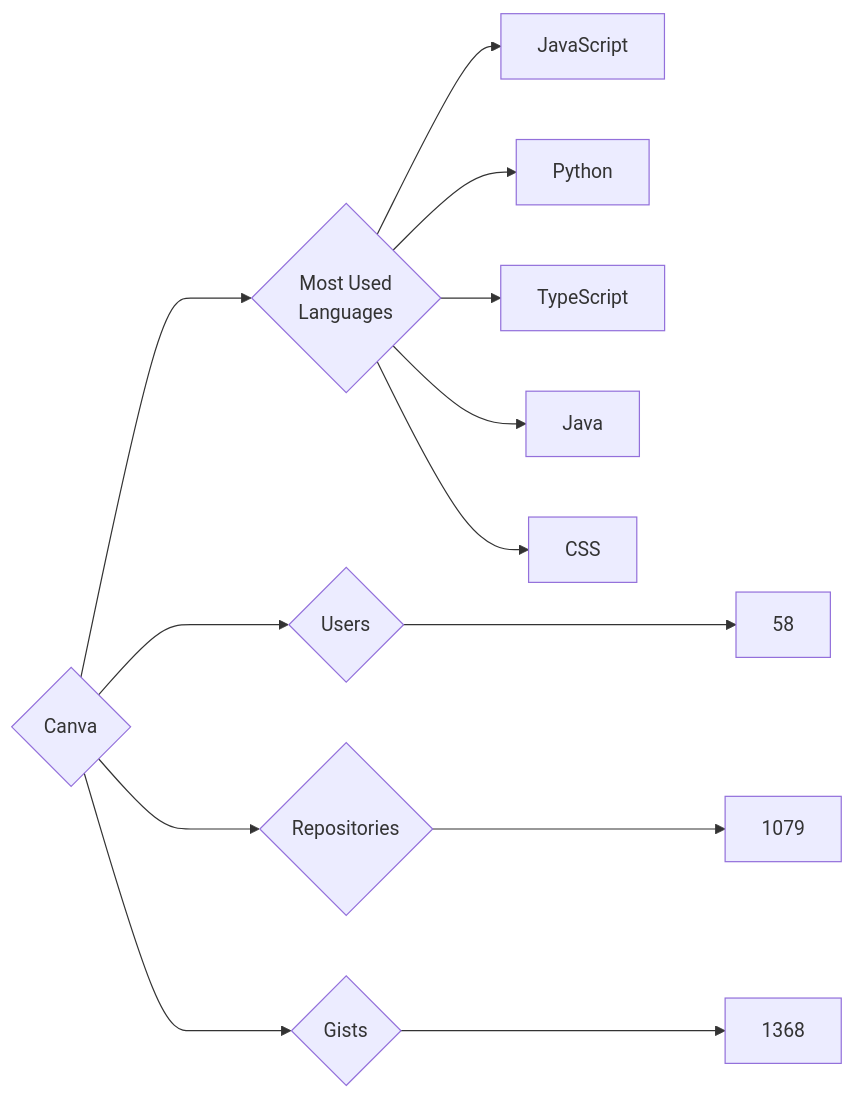
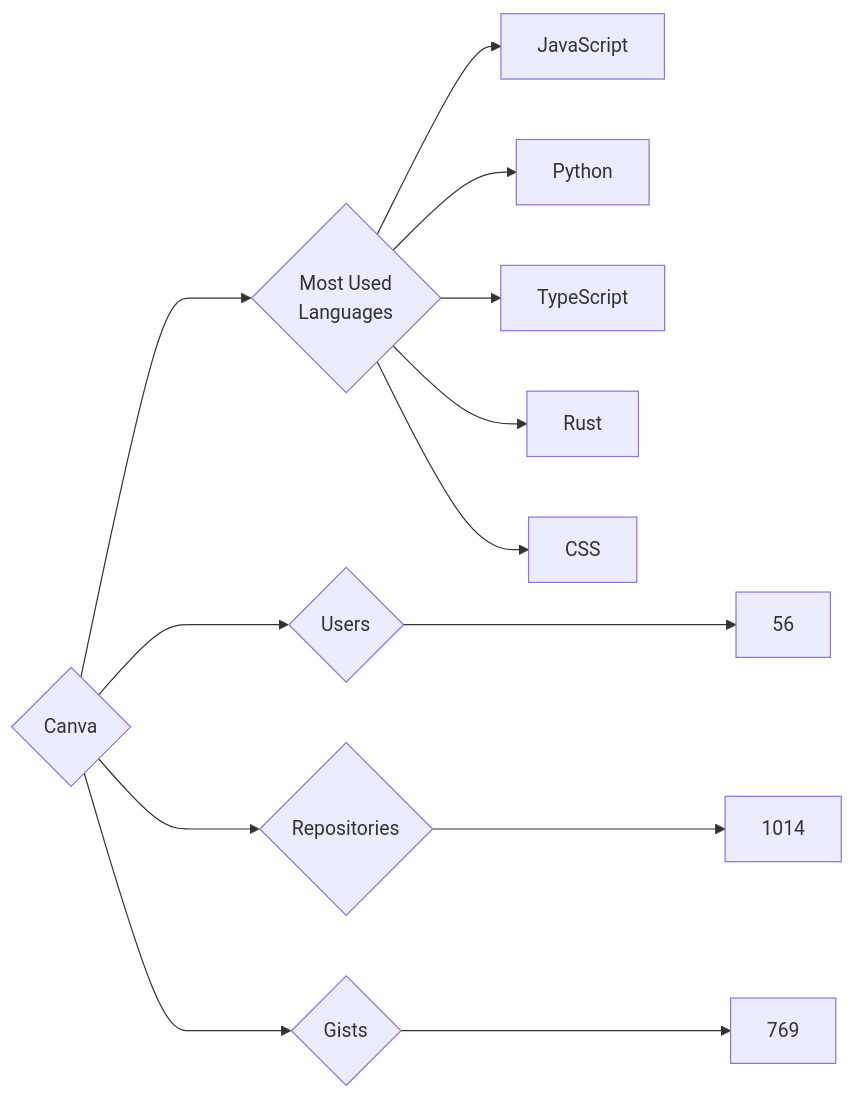
The diagram in targets/Canva/README.md (trickest/insiders), drawn with Mermaid before and after one commit. The commit also changed 984 other files, not shown here.

````diff
--- a/targets/Canva/README.md
+++ b/targets/Canva/README.md
@@ -3,13 +3,13 @@
 ```mermaid
 graph LR
 COMPANY_NAME{Canva}
-COMPANY_NAME ---> U{Users} ---> UN[58]
-COMPANY_NAME ---> R{Repositories} ---> RN[1079]
-COMPANY_NAME ---> G{Gists} ---> GN[1368]
+COMPANY_NAME ---> U{Users} ---> UN[56]
+COMPANY_NAME ---> R{Repositories} ---> RN[1014]
+COMPANY_NAME ---> G{Gists} ---> GN[769]
 COMPANY_NAME ---> ML{Most Used<br>Languages}
 ML --> JavaScript[JavaScript]
 ML --> Python[Python]
 ML --> TypeScript[TypeScript]
-ML --> Java[Java]
+ML --> Rust[Rust]
 ML --> CSS[CSS]
 ```
````
